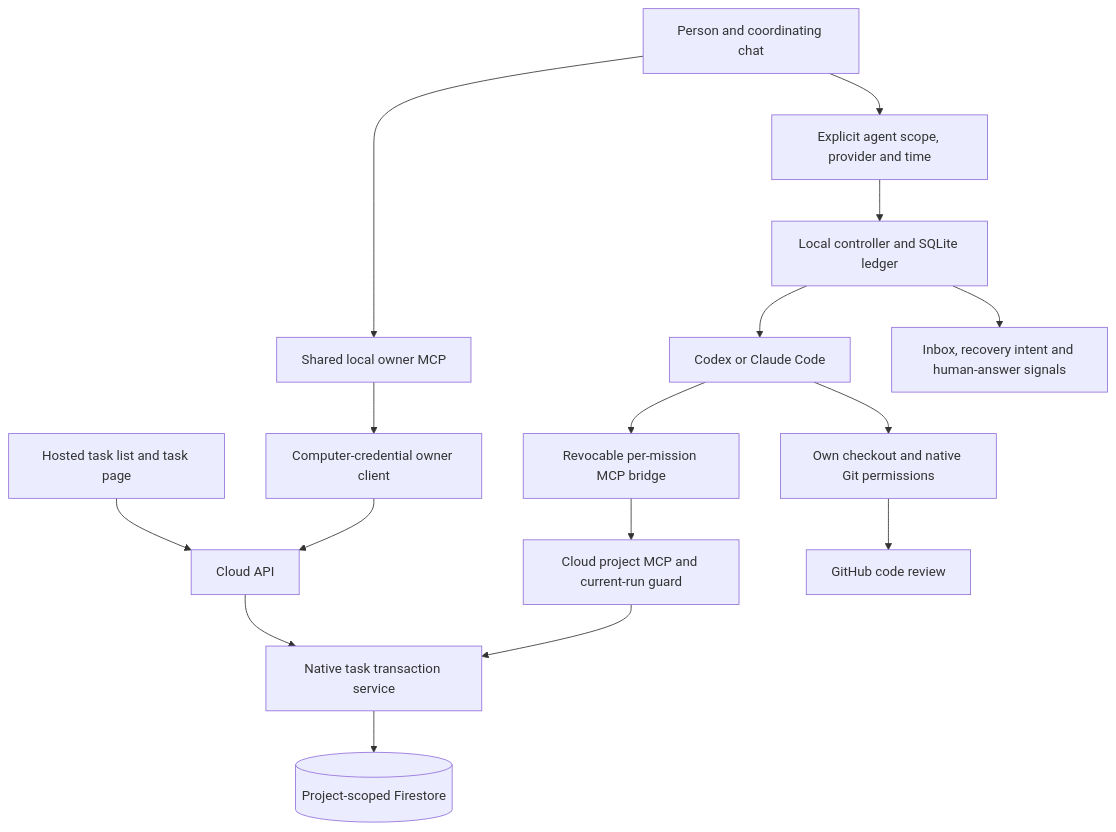
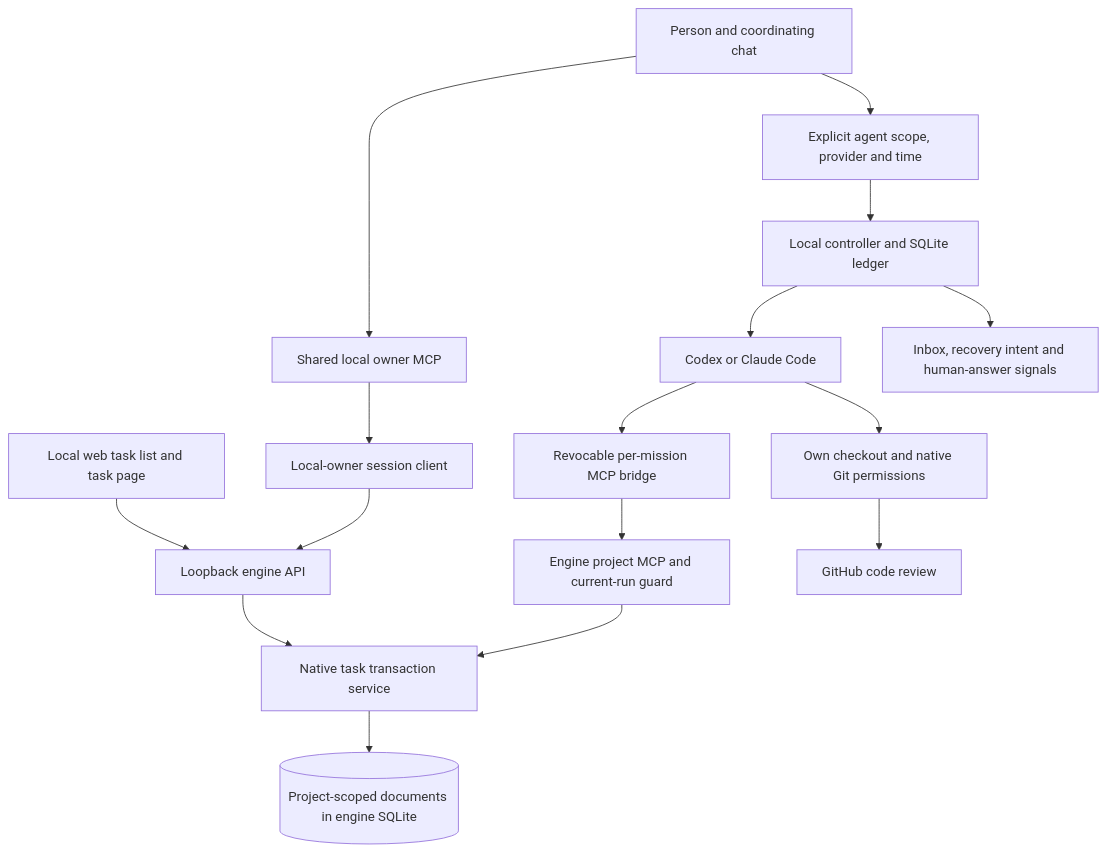
The first of 2 diagrams in docs/architecture/native-tasks.md (latent-spaces/minions), drawn with Mermaid before and after one commit. The commit also changed other lines of this file, not shown here.

Commit message:
docs(tasks): describe the local engine architecture

````diff
--- a/docs/architecture/native-tasks.md
+++ b/docs/architecture/native-tasks.md
@@ -7,18 +7,18 @@
 ```mermaid
 flowchart TB
   Human[Person and coordinating chat] --> OwnerMCP[Shared local owner MCP]
-  Hosted[Hosted task list and task page] --> API[Cloud API]
-  OwnerMCP --> OwnerHTTP[Computer-credential owner client]
+  Web[Local web task list and task page] --> API[Loopback engine API]
+  OwnerMCP --> OwnerHTTP[Local-owner session client]
   OwnerHTTP --> API
   Human --> Approval[Explicit agent scope, provider and time]
   Approval --> Controller[Local controller and SQLite ledger]
   Controller --> Native[Codex or Claude Code]
   Native --> Bridge[Revocable per-mission MCP bridge]
-  Bridge --> AgentMCP[Cloud project MCP and current-run guard]
+  Bridge --> AgentMCP[Engine project MCP and current-run guard]
   AgentMCP --> TaskService[Native task transaction service]
   API --> TaskService
-  TaskService --> Firestore[(Project-scoped Firestore)]
+  TaskService --> Database[(Project-scoped documents in engine SQLite)]
   Controller --> Wait[Inbox, recovery intent and human-answer signals]
   Native --> Repo[Own checkout and native Git permissions]
   Repo --> GitHub[GitHub code review]
 ```
````
